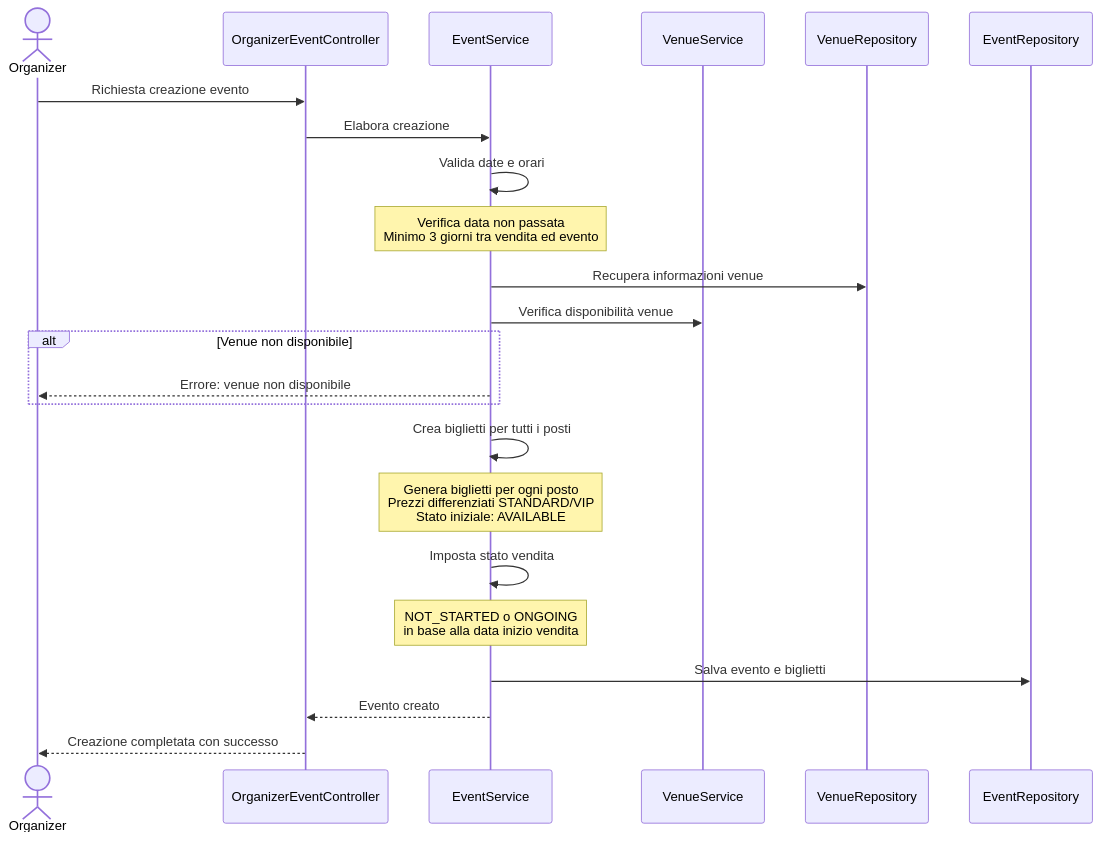
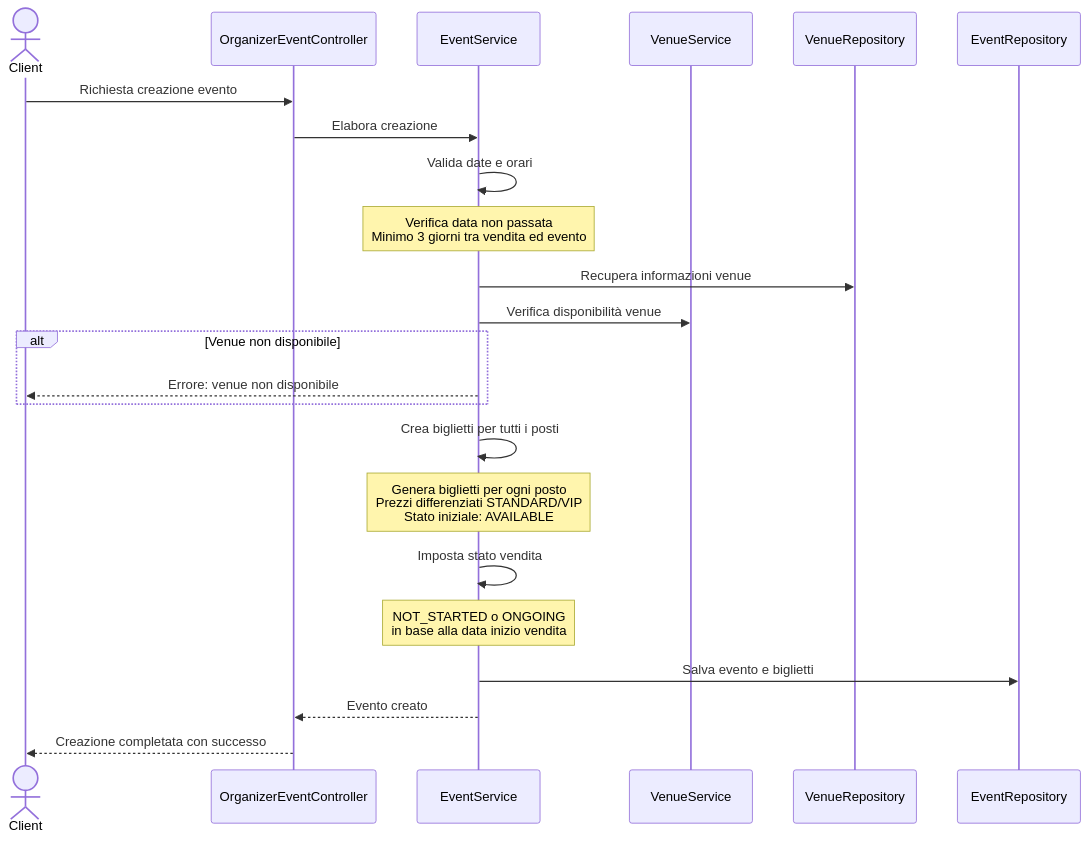
One commit to s-lusito/TicketBlock-Ing_Sw changed the diagram in docs/sequence-event-creation.md. Above: the diagram before and after it, drawn with Mermaid. The commit also changed 14 other files, not shown here.

Commit message:
Update diagrams: Client actor, blockchain errors, and add frontend class diagram

````diff
--- a/docs/sequence-event-creation.md
+++ b/docs/sequence-event-creation.md
@@ -5,34 +5,34 @@
 ```mermaid
 sequenceDiagram
-    actor Organizer
+    actor Client
     participant OrganizerEventController
     participant EventService
     participant VenueService
     participant VenueRepository
     participant EventRepository
 
-    Organizer->>OrganizerEventController: Richiesta creazione evento
+    Client->>OrganizerEventController: Richiesta creazione evento
     OrganizerEventController->>EventService: Elabora creazione
     
     EventService->>EventService: Valida date e orari
     Note over EventService: Verifica data non passata<br/>Minimo 3 giorni tra vendita ed evento
     
     EventService->>VenueRepository: Recupera informazioni venue
     
     EventService->>VenueService: Verifica disponibilità venue
     
     alt Venue non disponibile
-        EventService-->>Organizer: Errore: venue non disponibile
+        EventService-->>Client: Errore: venue non disponibile
     end
     
     EventService->>EventService: Crea biglietti per tutti i posti
     Note over EventService: Genera biglietti per ogni posto<br/>Prezzi differenziati STANDARD/VIP<br/>Stato iniziale: AVAILABLE
     
     EventService->>EventService: Imposta stato vendita
     Note over EventService: NOT_STARTED o ONGOING<br/>in base alla data inizio vendita
     
     EventService->>EventRepository: Salva evento e biglietti
     
     EventService-->>OrganizerEventController: Evento creato
-    OrganizerEventController-->>Organizer: Creazione completata con successo
+    OrganizerEventController-->>Client: Creazione completata con successo
 ```
````
